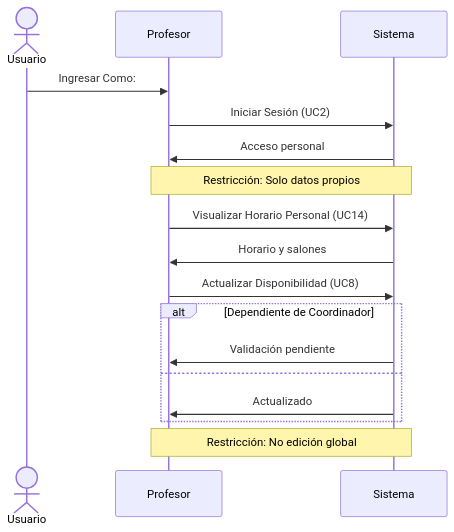
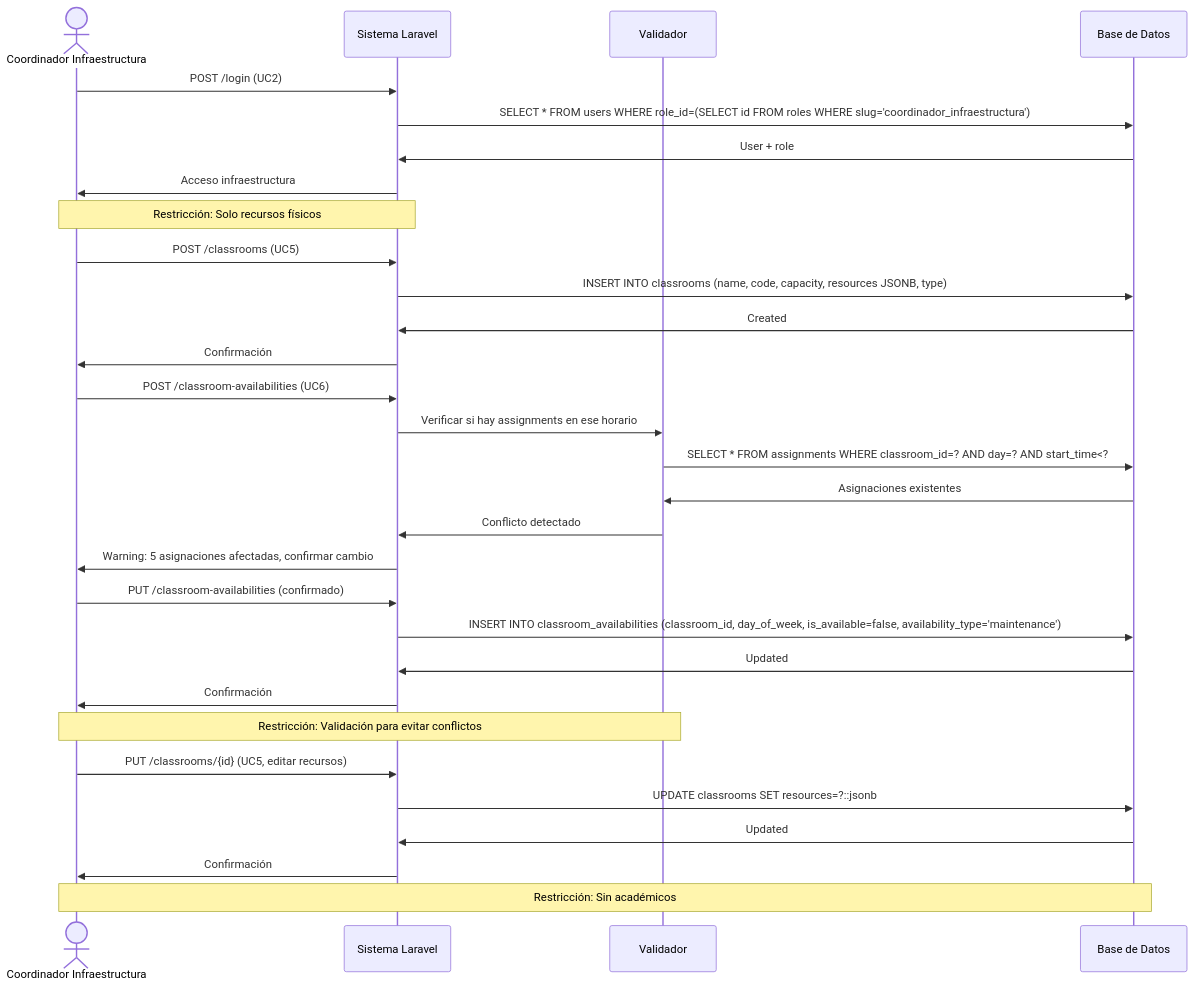
Before and after one commit to LuisCPedraza/sistema-asignacion-salones: the fifth of 8 diagrams in documentation/DiagramaSecuenciaCasosDeUso.md, drawn with Mermaid. The commit also changed other lines of this file and 9 other files, not shown here.

First line of the commit message:
Release v2.0.0: Sistema de Asignación de Salones - Documentación Completa Actualizada (#119)

````diff
--- a/documentation/DiagramaSecuenciaCasosDeUso.md
+++ b/documentation/DiagramaSecuenciaCasosDeUso.md
@@ -100,22 +221,36 @@
 ```mermaid
 sequenceDiagram
-actor Usuario
-Usuario->>P: Ingresar Como:
-    participant P as Profesor
-    participant Sys as Sistema
+    actor CoordInfra as Coordinador Infraestructura
+    participant Sys as Sistema Laravel
+    participant Valid as Validador
+    participant DB as Base de Datos
 
-    P->>Sys: Iniciar Sesión (UC2)
-    Sys->>P: Acceso personal
-    Note over P,Sys: Restricción: Solo datos propios
+    CoordInfra->>Sys: POST /login (UC2)
+    Sys->>DB: SELECT * FROM users WHERE role_id=(SELECT id FROM roles WHERE slug='coordinador_infraestructura')
+    DB->>Sys: User + role
+    Sys->>CoordInfra: Acceso infraestructura
+    Note over CoordInfra,Sys: Restricción: Solo recursos físicos
 
-    P->>Sys: Visualizar Horario Personal (UC14)
-    Sys->>P: Horario y salones
+    CoordInfra->>Sys: POST /classrooms (UC5)
+    Sys->>DB: INSERT INTO classrooms (name, code, capacity, resources JSONB, type)
+    DB->>Sys: Created
+    Sys->>CoordInfra: Confirmación
 
-    P->>Sys: Actualizar Disponibilidad (UC8)
-    alt Dependiente de Coordinador
-        Sys->>P: Validación pendiente
-    else
-        Sys->>P: Actualizado
-    end
-    Note over P,Sys: Restricción: No edición global
+    CoordInfra->>Sys: POST /classroom-availabilities (UC6)
+    Sys->>Valid: Verificar si hay assignments en ese horario
+    Valid->>DB: SELECT * FROM assignments WHERE classroom_id=? AND day=? AND start_time<?
+    DB->>Valid: Asignaciones existentes
+    Valid->>Sys: Conflicto detectado
+    Sys->>CoordInfra: Warning: 5 asignaciones afectadas, confirmar cambio
+    CoordInfra->>Sys: PUT /classroom-availabilities (confirmado)
+    Sys->>DB: INSERT INTO classroom_availabilities (classroom_id, day_of_week, is_available=false, availability_type='maintenance')
+    DB->>Sys: Updated
+    Sys->>CoordInfra: Confirmación
+    Note over CoordInfra,Valid: Restricción: Validación para evitar conflictos
+
+    CoordInfra->>Sys: PUT /classrooms/{id} (UC5, editar recursos)
+    Sys->>DB: UPDATE classrooms SET resources=?::jsonb
+    DB->>Sys: Updated
+    Sys->>CoordInfra: Confirmación
+    Note over CoordInfra,DB: Restricción: Sin académicos
 ```
````
